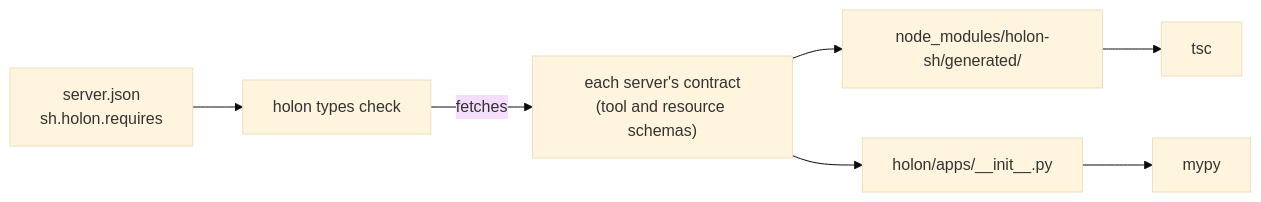
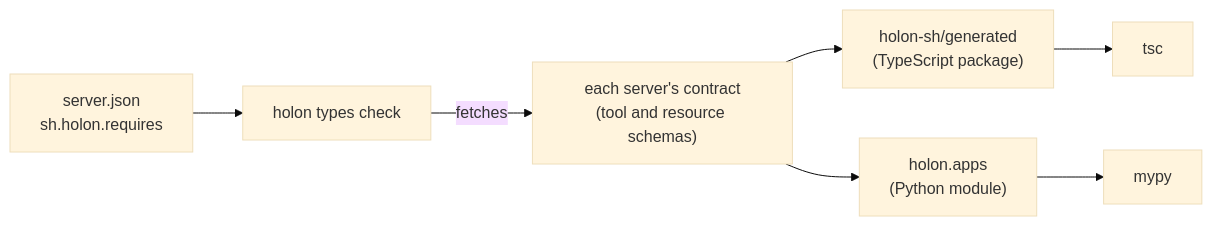
The first of 2 diagrams in README.md (holon-sh/cli), drawn with Mermaid (base theme) before and after one commit. The commit also changed other lines of this file, not shown here.

First line of the commit message:
Walkthrough without numbering, type-error examples, commands into Reference

````diff
--- a/README.md
+++ b/README.md
@@ -12,7 +12,7 @@
 ```mermaid
 flowchart LR
   R["server.json<br/>sh.holon.requires"] --> H["holon types check"]
   H -->|fetches| C["each server's contract<br/>(tool and resource schemas)"]
-  C --> TS["node_modules/holon-sh/generated/"] --> TSC["tsc"]
-  C --> PY["holon/apps/__init__.py"] --> MYPY["mypy"]
+  C --> TS["holon-sh/generated<br/>(TypeScript package)"] --> TSC["tsc"]
+  C --> PY["holon.apps<br/>(Python module)"] --> MYPY["mypy"]
 ```
````
